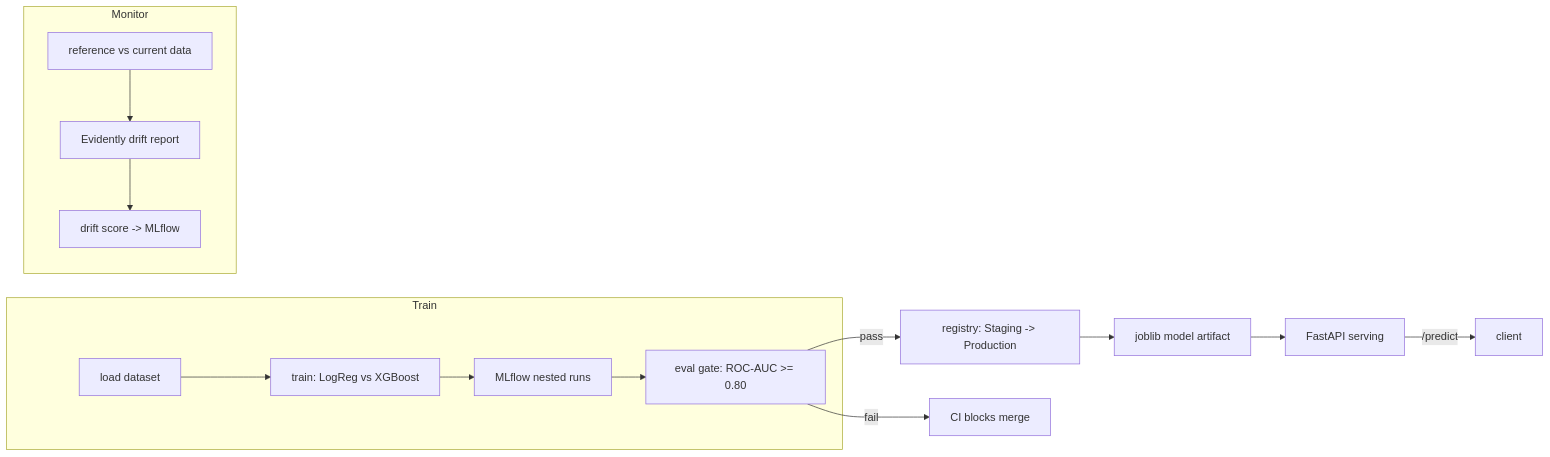
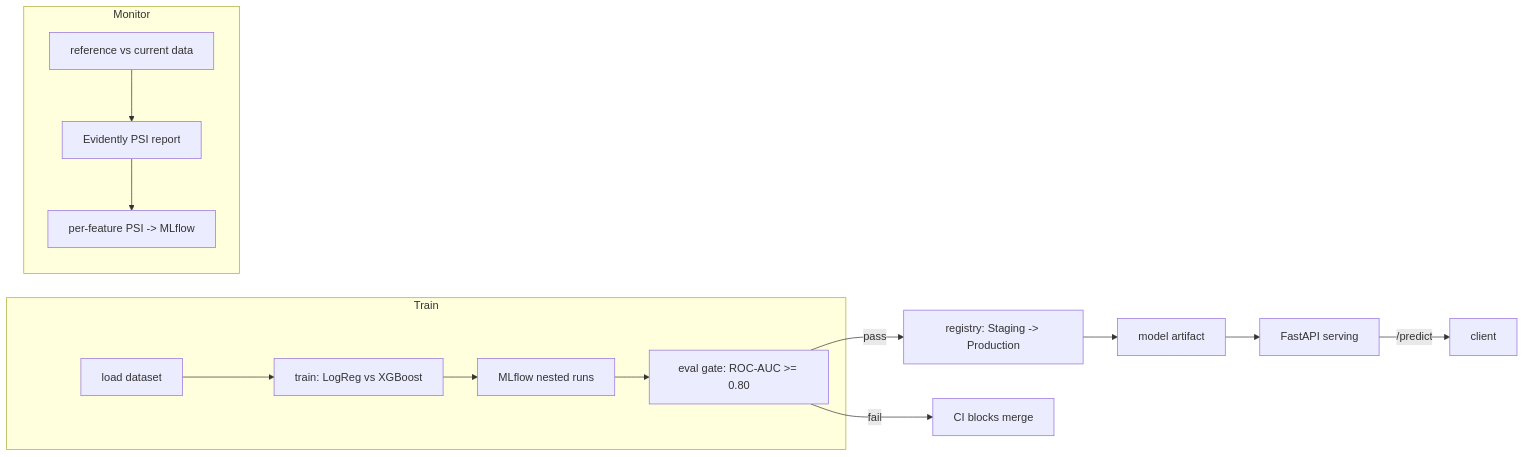
One commit to kalyan-venk/PredictOps changed the diagram in README.md. Above: the diagram before and after it, drawn with Mermaid. The commit also changed other lines of this file, not shown here.

````diff
--- a/README.md
+++ b/README.md
@@ -33,17 +27,17 @@
 ```mermaid
 flowchart LR
     subgraph Train
         A[load dataset] --> B[train: LogReg vs XGBoost]
         B --> C[MLflow nested runs]
         C --> D[eval gate: ROC-AUC >= 0.80]
     end
     D -->|pass| E[registry: Staging -> Production]
     D -->|fail| X[CI blocks merge]
-    E --> F[joblib model artifact]
+    E --> F[model artifact]
     F --> G[FastAPI serving]
     G -->|/predict| H[client]
     subgraph Monitor
-        I[reference vs current data] --> J[Evidently drift report]
-        J --> K[drift score -> MLflow]
+        I[reference vs current data] --> J[Evidently PSI report]
+        J --> K[per-feature PSI -> MLflow]
     end
 ```
````
